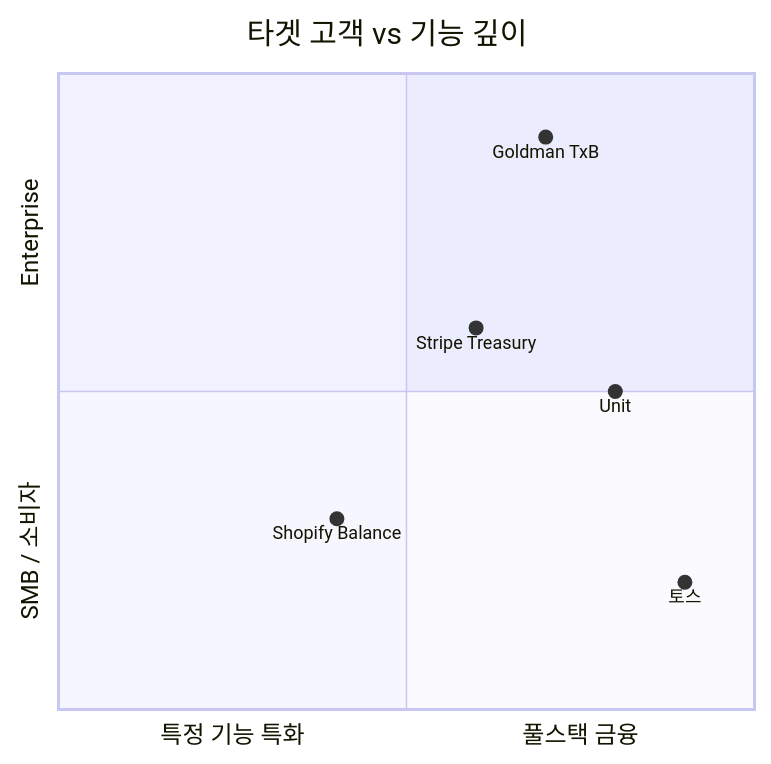
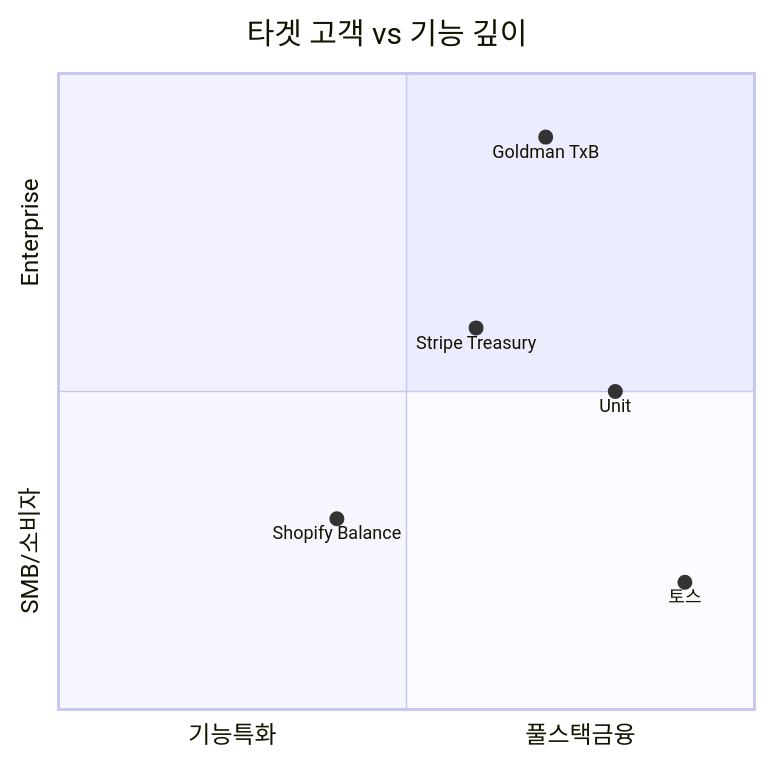
The diagram in docs/domains/embedded-finance/products/index.md (OkyoKwon/studyNresearch), drawn with Mermaid before and after one commit. The commit also changed 4 other files, not shown here.

````diff
--- a/docs/domains/embedded-finance/products/index.md
+++ b/docs/domains/embedded-finance/products/index.md
@@ -20,11 +20,11 @@
 ```mermaid
 quadrantChart
     title 타겟 고객 vs 기능 깊이
-    x-axis 특정 기능 특화 --> 풀스택 금융
-    y-axis SMB / 소비자 --> Enterprise
+    x-axis 기능특화 --> 풀스택금융
+    y-axis SMB/소비자 --> Enterprise
     Stripe Treasury: [0.6, 0.6]
     Shopify Balance: [0.4, 0.3]
     Unit: [0.8, 0.5]
     Goldman TxB: [0.7, 0.9]
     토스: [0.9, 0.2]
 ```
````
